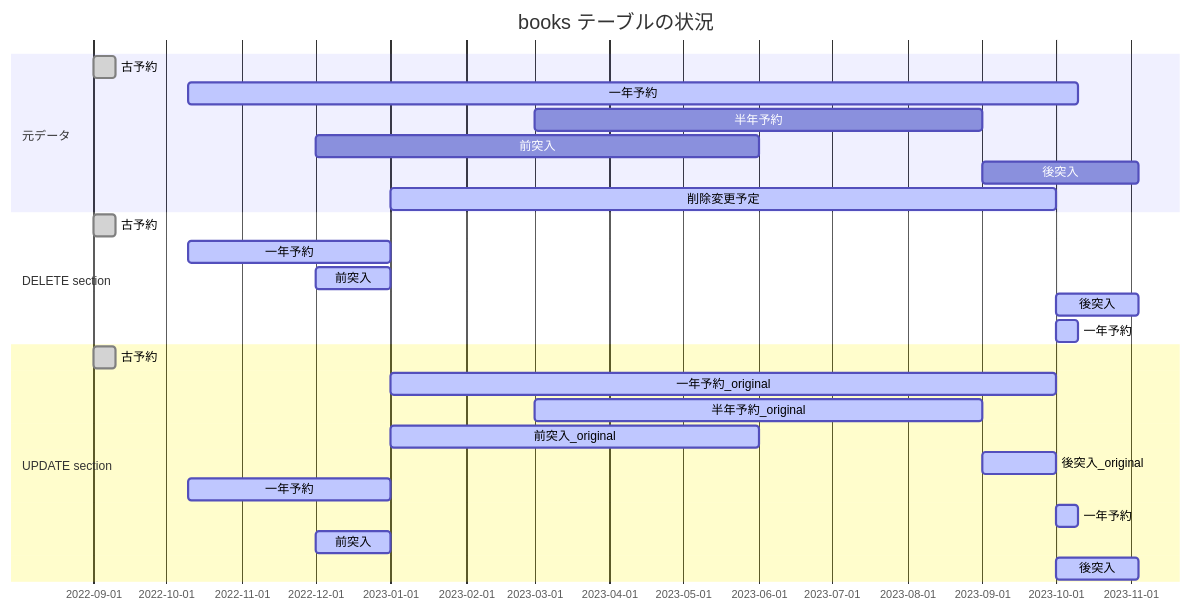
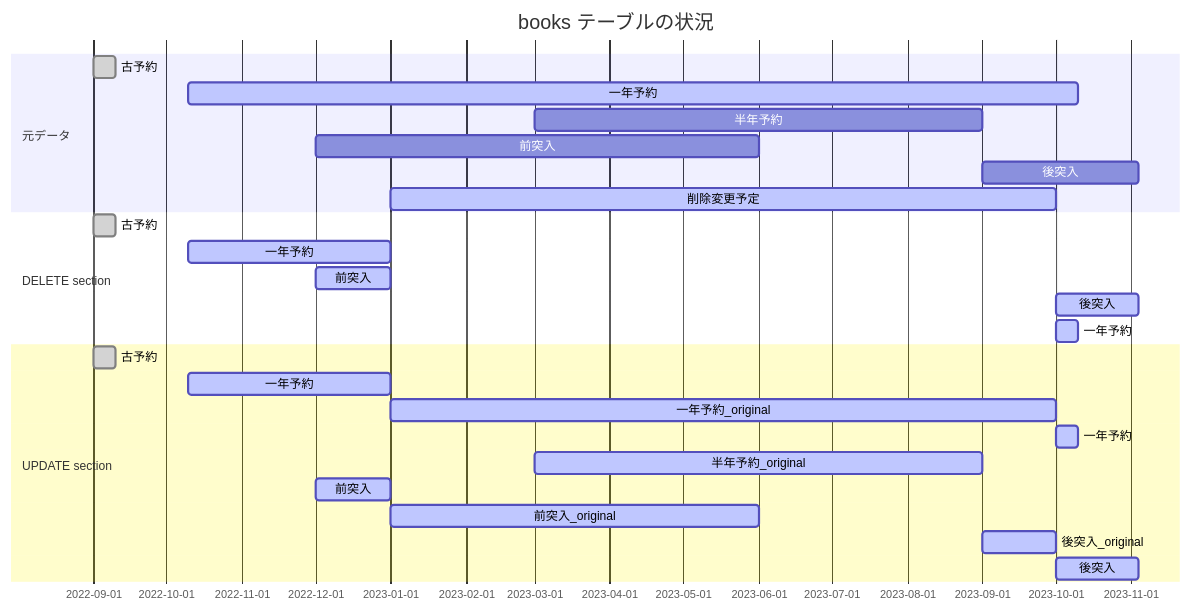
One commit to a-yasui/zenn-document changed the diagram in articles/temportal-table-at-mariadb-memo.md. Above: the diagram before and after it, drawn with Mermaid. The commit also changed other lines of this file, not shown here.

````diff
--- a/articles/temportal-table-at-mariadb-memo.md
+++ b/articles/temportal-table-at-mariadb-memo.md
@@ -541,33 +541,33 @@
 ```mermaid
 gantt
 dateFormat  YYYY-MM-DD
 title books テーブルの状況
 excludes weekdays 2023-10-01
 
 section 元データ
 古予約  :done,   d1, 2022-09-01, 2022-09-10
 一年予約 :active, dy, 2022-10-10, 2023-10-10
 半年予約 :        dh, 2023-03-01, 2023-09-01
 前突入   :        da, 2022-12-01, 2023-06-01
 後突入   :        db, 2023-09-01, 2023-11-04
 削除変更予定: active, ddd, 2023-01-01, 2023-10-01
 
 section DELETE section
 古予約  :done,   d1, 2022-09-01, 2022-09-10
 一年予約 :active, dy, 2022-10-10, 2023-01-01
 前突入   :active, da, 2022-12-01, 2023-01-01
 後突入   :active, db, 2023-10-01, 2023-11-04
 一年予約 :active, dy, 2023-10-01, 2023-10-10
 
 section UPDATE section
 古予約            :done,  d1, 2022-09-01, 2022-09-10
+一年予約          :active, dy_1, 2022-10-10, 2023-01-01
 一年予約_original :active, dy_o, 2023-01-01, 2023-10-01
+一年予約          :active, dy_2, 2023-10-01, 2023-10-10
 半年予約_original :active, dh_o, 2023-03-01, 2023-09-01
+前突入            :active, da, 2022-12-01, 2023-01-01
 前突入_original   :active, da_o, 2023-01-01, 2023-06-01
 後突入_original   :active, db_o, 2023-09-01, 2023-10-01
-一年予約          :active, dy_1, 2022-10-10, 2023-01-01
-一年予約          :active, dy_2, 2023-10-01, 2023-10-10
-前突入            :active, da, 2022-12-01, 2023-01-01
 後突入            :active, db, 2023-10-01, 2023-11-04
 
 ```
````
